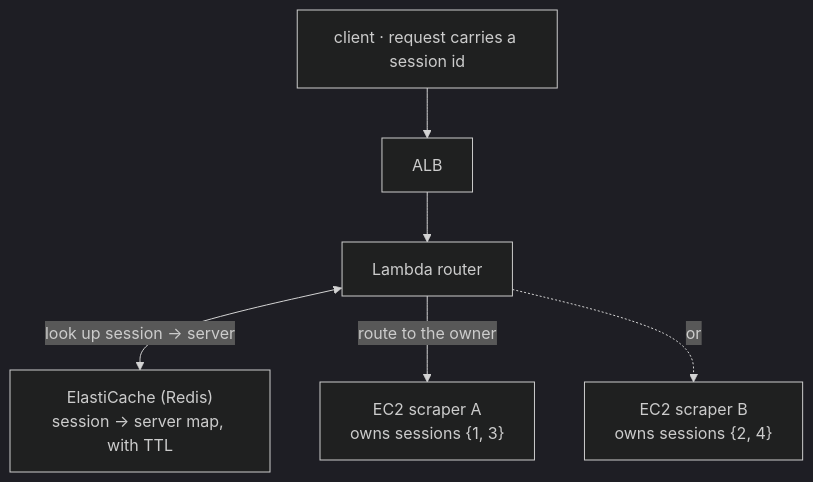
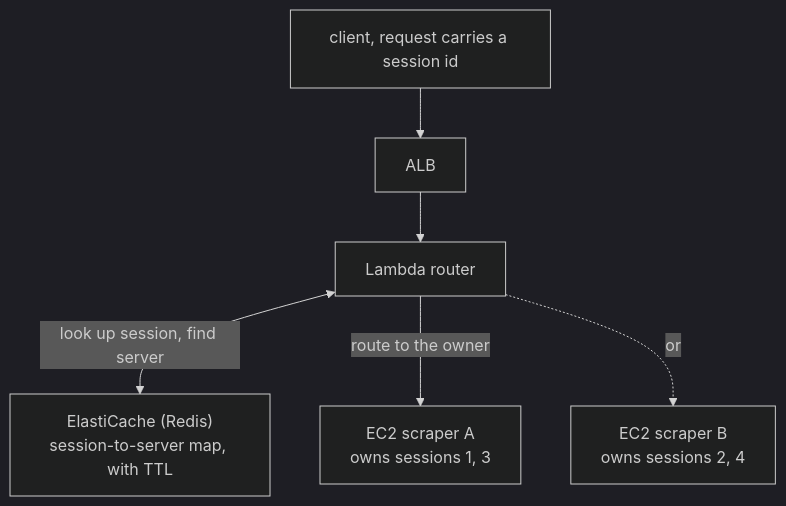
One commit to kukjun/blog changed the diagram in src/content/blog/en/session-aware-routing.md. Above: the diagram before and after it, drawn with Mermaid (dark theme). The commit also changed other lines of this file and 10 other files, not shown here.

````diff
--- a/src/content/blog/en/session-aware-routing.md
+++ b/src/content/blog/en/session-aware-routing.md
@@ -58,8 +56,8 @@
 ```mermaid
 flowchart TD
-  C["client · request carries a session id"] --> ALB["ALB"]
+  C["client, request carries a session id"] --> ALB["ALB"]
   ALB --> R["Lambda router"]
-  R <-->|"look up session → server"| K["ElastiCache (Redis)<br/>session → server map, with TTL"]
-  R -->|"route to the owner"| S1["EC2 scraper A<br/>owns sessions {1, 3}"]
-  R -.->|"or"| S2["EC2 scraper B<br/>owns sessions {2, 4}"]
+  R <-->|"look up session, find server"| K["ElastiCache (Redis)<br/>session-to-server map, with TTL"]
+  R -->|"route to the owner"| S1["EC2 scraper A<br/>owns sessions 1, 3"]
+  R -.->|"or"| S2["EC2 scraper B<br/>owns sessions 2, 4"]
 ```
````
